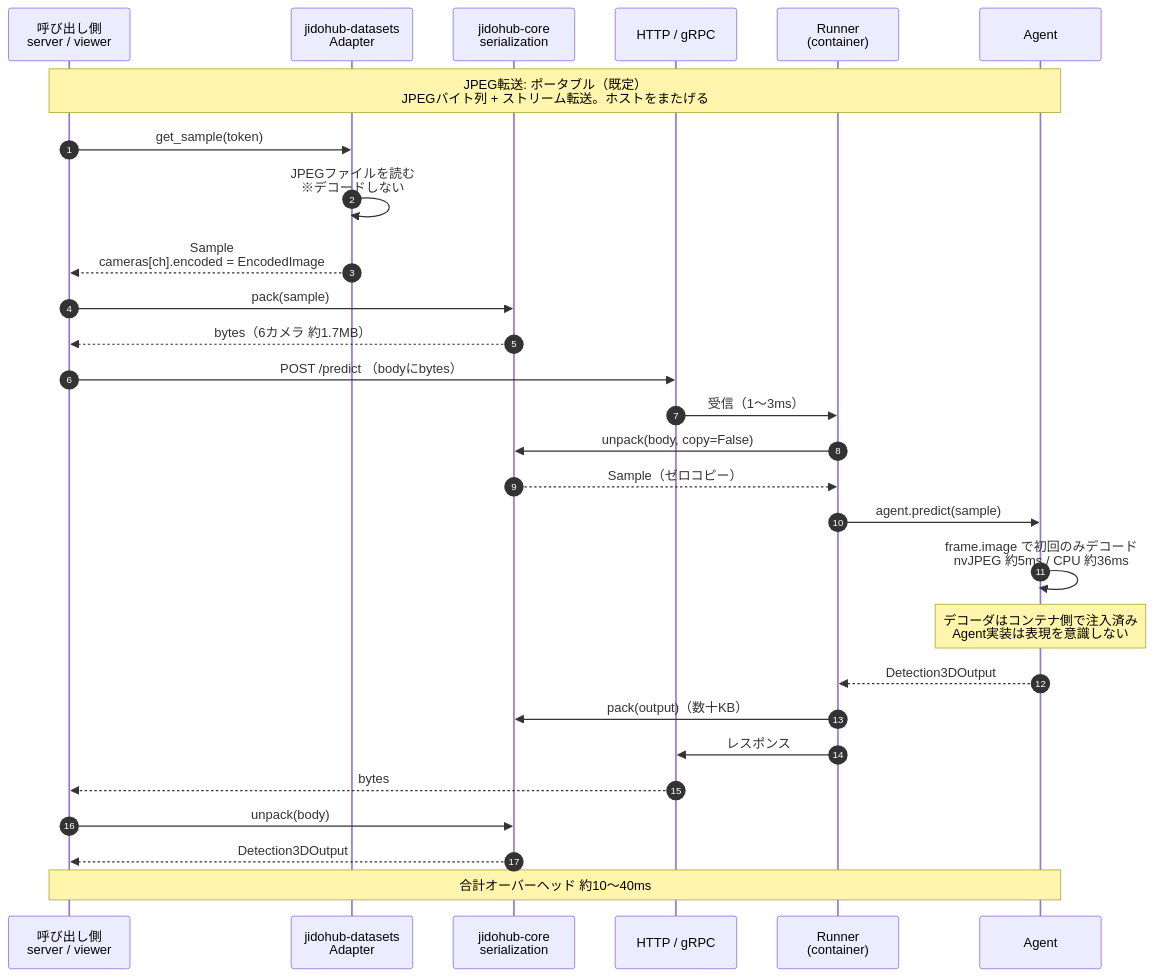
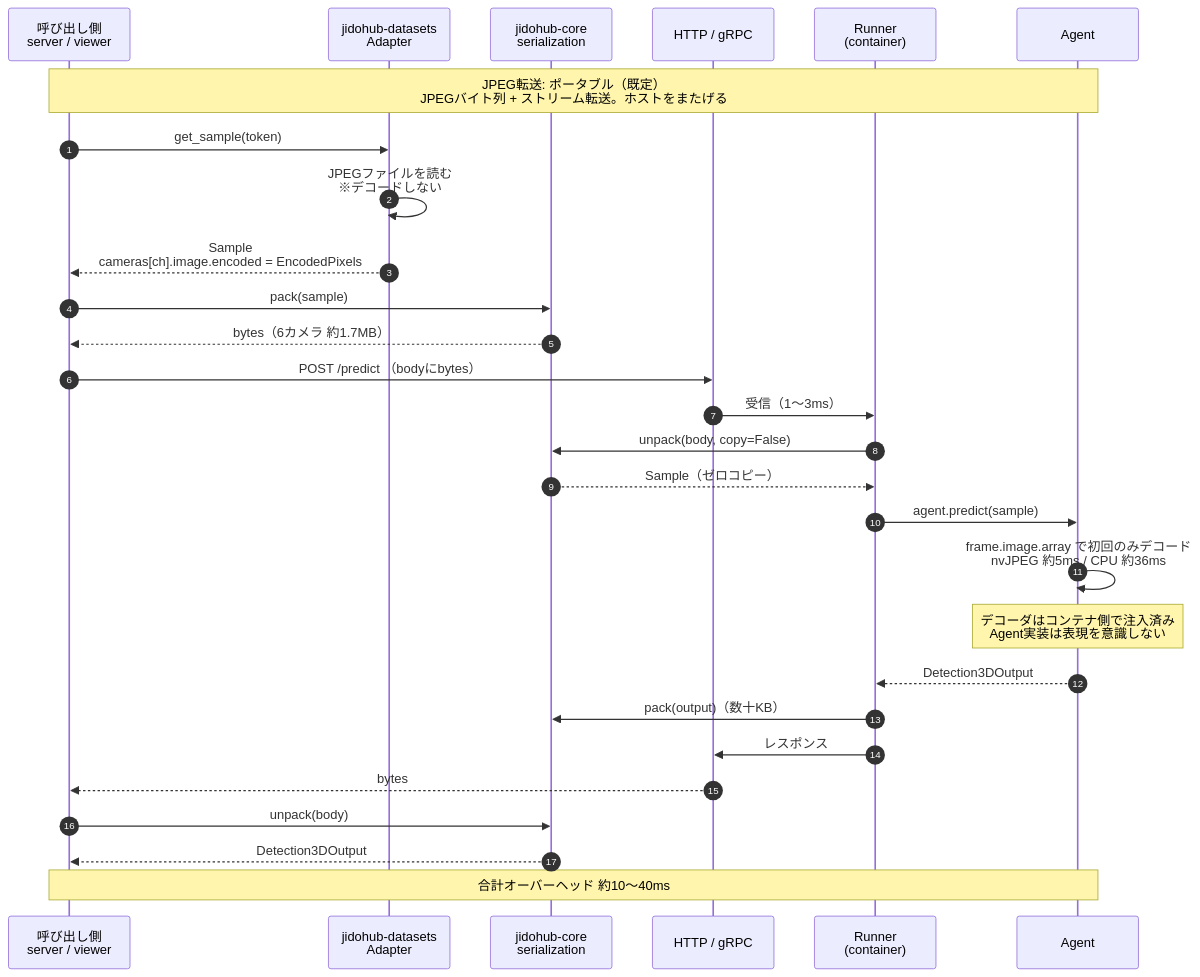
The first of 2 diagrams in docs/design/agent.md (c60evaporator/jidohub-core), drawn with Mermaid before and after one commit. The commit also changed other lines of this file and 15 other files, not shown here.

Commit message:
Add Image dataclass for handling both pixel and encoded style image

````diff
--- a/docs/design/agent.md
+++ b/docs/design/agent.md
@@ -16,33 +16,33 @@
 ```mermaid
 sequenceDiagram
     autonumber
     participant C as 呼び出し側<br/>server / viewer
     participant D as jidohub-datasets<br/>Adapter
     participant S as jidohub-core<br/>serialization
     participant N as HTTP / gRPC
     participant R as Runner<br/>(container)
     participant A as Agent
 
     Note over C,A: JPEG転送: ポータブル（既定）<br/>JPEGバイト列 + ストリーム転送。ホストをまたげる
 
     C->>D: get_sample(token)
     D->>D: JPEGファイルを読む<br/>※デコードしない
-    D-->>C: Sample<br/>cameras[ch].encoded = EncodedImage
+    D-->>C: Sample<br/>cameras[ch].image.encoded = EncodedPixels
     C->>S: pack(sample)
     S-->>C: bytes（6カメラ 約1.7MB）
     C->>N: POST /predict （bodyにbytes）
     N->>R: 受信（1〜3ms）
     R->>S: unpack(body, copy=False)
     S-->>R: Sample（ゼロコピー）
     R->>A: agent.predict(sample)
-    A->>A: frame.image で初回のみデコード<br/>nvJPEG 約5ms / CPU 約36ms
+    A->>A: frame.image.array で初回のみデコード<br/>nvJPEG 約5ms / CPU 約36ms
     Note over A: デコーダはコンテナ側で注入済み<br/>Agent実装は表現を意識しない
     A-->>R: Detection3DOutput
     R->>S: pack(output)（数十KB）
     R->>N: レスポンス
     N-->>C: bytes
     C->>S: unpack(body)
     S-->>C: Detection3DOutput
 
     Note over C,A: 合計オーバーヘッド 約10〜40ms
 ```
````
